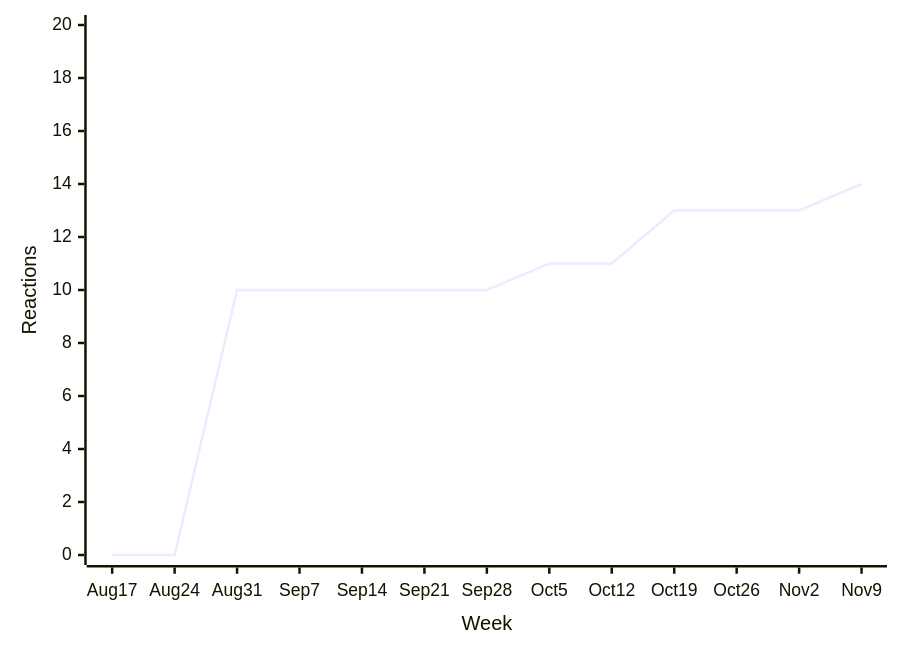
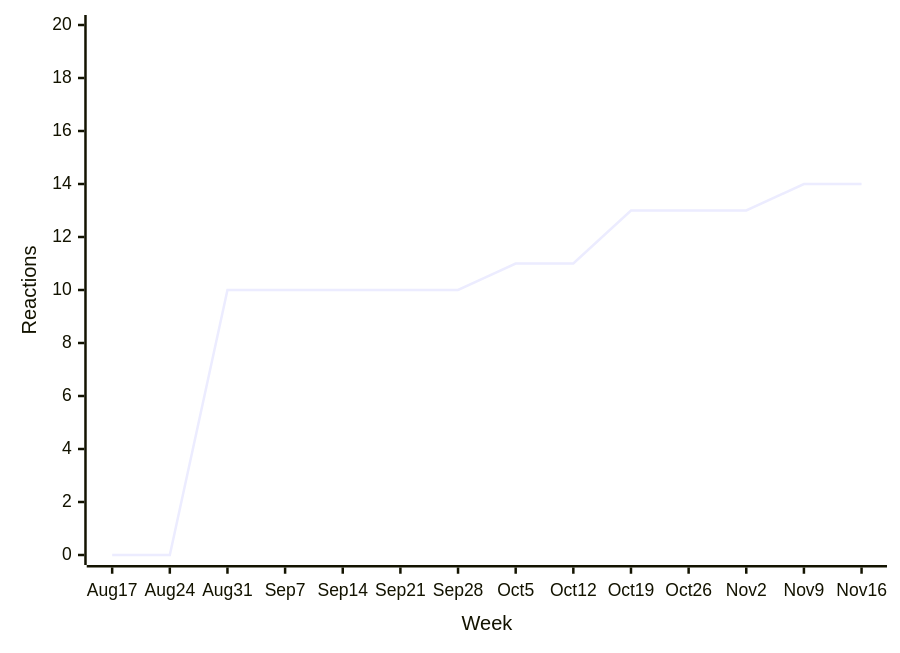
Before and after one commit to loic-sharma/github-insights: the eighth of 38 diagrams in README.md, drawn with Mermaid. The commit also changed other lines of this file and 3 other files, not shown here.

````diff
--- a/README.md
+++ b/README.md
@@ -443,6 +443,6 @@
   ```mermaid
   xychart-beta
-    x-axis "Week" [Aug 17, Aug 24, Aug 31, Sep 7, Sep 14, Sep 21, Sep 28, Oct 5, Oct 12, Oct 19, Oct 26, Nov 2, Nov 9]
+    x-axis "Week" [Aug 17, Aug 24, Aug 31, Sep 7, Sep 14, Sep 21, Sep 28, Oct 5, Oct 12, Oct 19, Oct 26, Nov 2, Nov 9, Nov 16]
     y-axis "Reactions" 0 --> 20
-    line [0, 0, 10, 10, 10, 10, 10, 11, 11, 13, 13, 13, 14]
+    line [0, 0, 10, 10, 10, 10, 10, 11, 11, 13, 13, 13, 14, 14]
   ```
````
